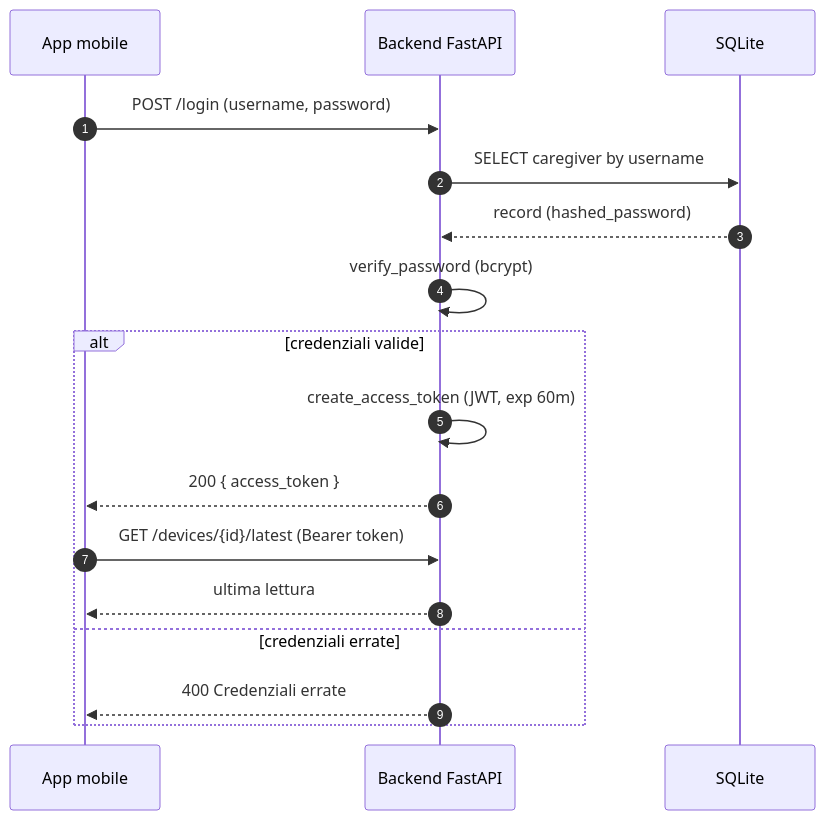
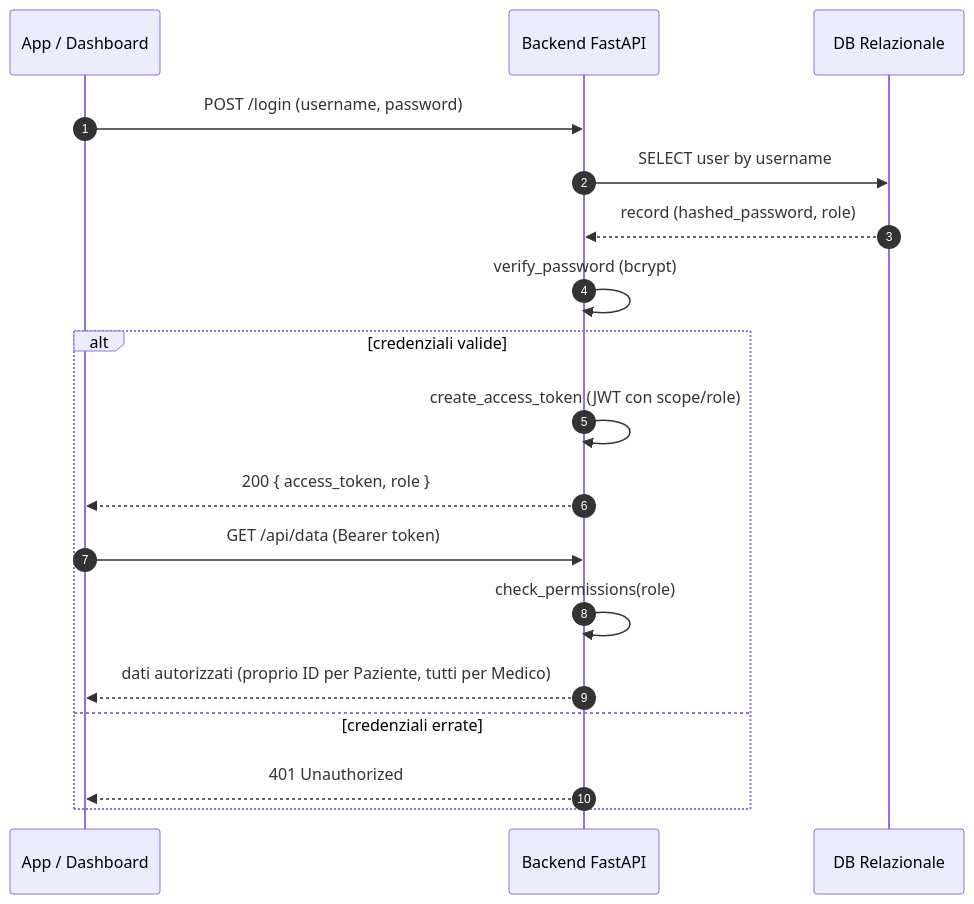
One commit to acrisci05/Alvea changed the second of 3 diagrams in docs/04-sequence.md. Above: the diagram before and after it, drawn with Mermaid. The commit also changed other lines of this file, not shown here.

````diff
--- a/docs/04-sequence.md
+++ b/docs/04-sequence.md
@@ -40,20 +40,22 @@
 ```mermaid
 sequenceDiagram
     autonumber
-    participant APP as App mobile
+    participant Client as App / Dashboard
     participant BE as Backend FastAPI
-    participant SQ as SQLite
+    participant SQ as DB Relazionale
 
-    APP->>BE: POST /login (username, password)
-    BE->>SQ: SELECT caregiver by username
-    SQ-->>BE: record (hashed_password)
+    Client->>BE: POST /login (username, password)
+    BE->>SQ: SELECT user by username
+    SQ-->>BE: record (hashed_password, role)
     BE->>BE: verify_password (bcrypt)
+    
     alt credenziali valide
-        BE->>BE: create_access_token (JWT, exp 60m)
-        BE-->>APP: 200 { access_token }
-        APP->>BE: GET /devices/{id}/latest (Bearer token)
-        BE-->>APP: ultima lettura
+        BE->>BE: create_access_token (JWT con scope/role)
+        BE-->>Client: 200 { access_token, role }
+        Client->>BE: GET /api/data (Bearer token)
+        BE->>BE: check_permissions(role)
+        BE-->>Client: dati autorizzati (proprio ID per Paziente, tutti per Medico)
     else credenziali errate
-        BE-->>APP: 400 Credenziali errate
+        BE-->>Client: 401 Unauthorized
     end
 ```
````
